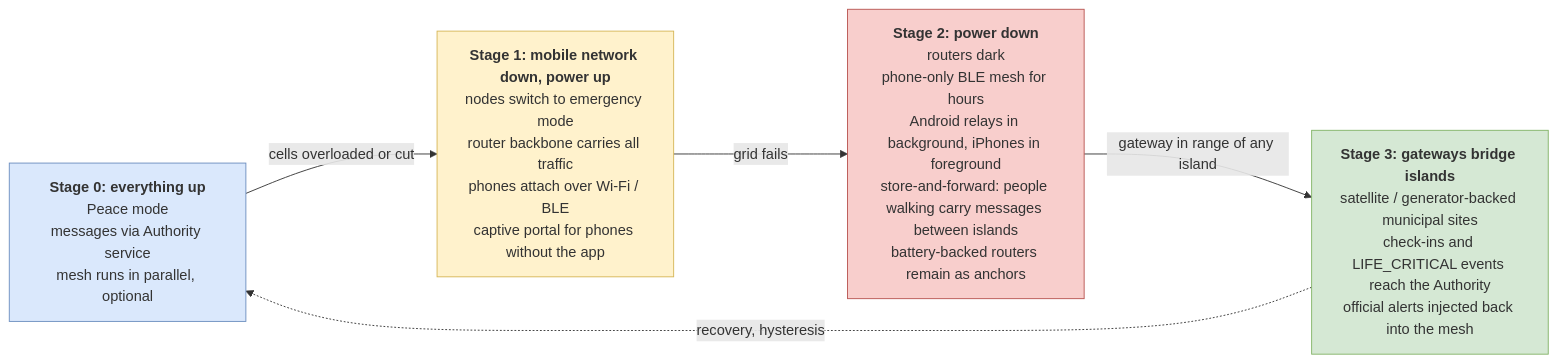
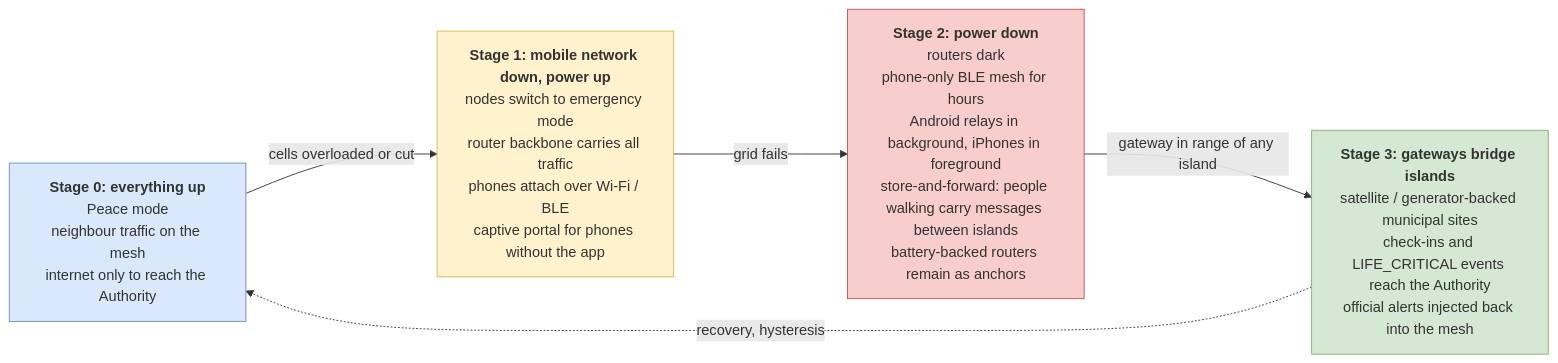
One commit to theapexlab/hackyeah2026 changed the diagram in docs/diagrams/04-degradation-ladder.mmd. Above: the diagram before and after it, drawn with Mermaid. The commit also changed 9 other files, not shown here.

```diff
--- a/docs/diagrams/04-degradation-ladder.mmd
+++ b/docs/diagrams/04-degradation-ladder.mmd
@@ -1,13 +1,13 @@
 flowchart LR
-  S0["<b>Stage 0: everything up</b><br/>Peace mode<br/>messages via Authority service<br/>mesh runs in parallel, optional"]
+  S0["<b>Stage 0: everything up</b><br/>Peace mode<br/>neighbour traffic on the mesh<br/>internet only to reach the Authority"]
   S1["<b>Stage 1: mobile network down, power up</b><br/>nodes switch to emergency mode<br/>router backbone carries all traffic<br/>phones attach over Wi-Fi / BLE<br/>captive portal for phones without the app"]
   S2["<b>Stage 2: power down</b><br/>routers dark<br/>phone-only BLE mesh for hours<br/>Android relays in background, iPhones in foreground<br/>store-and-forward: people walking carry messages between islands<br/>battery-backed routers remain as anchors"]
   S3["<b>Stage 3: gateways bridge islands</b><br/>satellite / generator-backed municipal sites<br/>check-ins and LIFE_CRITICAL events reach the Authority<br/>official alerts injected back into the mesh"]
   S0 -->|cells overloaded or cut| S1
   S1 -->|grid fails| S2
   S2 -->|gateway in range of any island| S3
   S3 -.->|recovery, hysteresis| S0
   style S0 fill:#dae8fc,stroke:#6c8ebf
   style S1 fill:#fff2cc,stroke:#d6b656
   style S2 fill:#f8cecc,stroke:#b85450
   style S3 fill:#d5e8d4,stroke:#82b366
```
